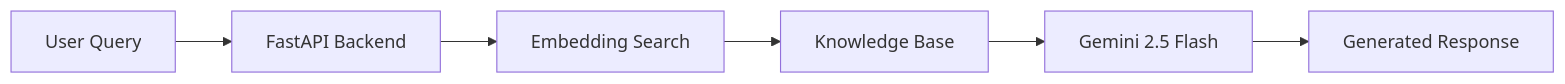
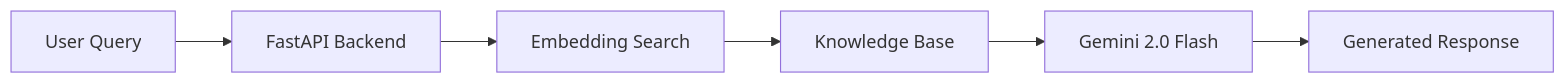
One commit to nashrahjaan53-code/rag-ai-agent changed the diagram in README.md. Above: the diagram before and after it, drawn with Mermaid. The commit also changed other lines of this file and 4 other files, not shown here.

````diff
--- a/README.md
+++ b/README.md
@@ -97,16 +97,16 @@
 ```mermaid
 flowchart LR
 
 A[User Query]
 B[FastAPI Backend]
 C[Embedding Search]
 D[Knowledge Base]
-E[Gemini 2.5 Flash]
+E[Gemini 2.0 Flash]
 F[Generated Response]
 
 A --> B
 B --> C
 C --> D
 D --> E
 E --> F
 ```
````
